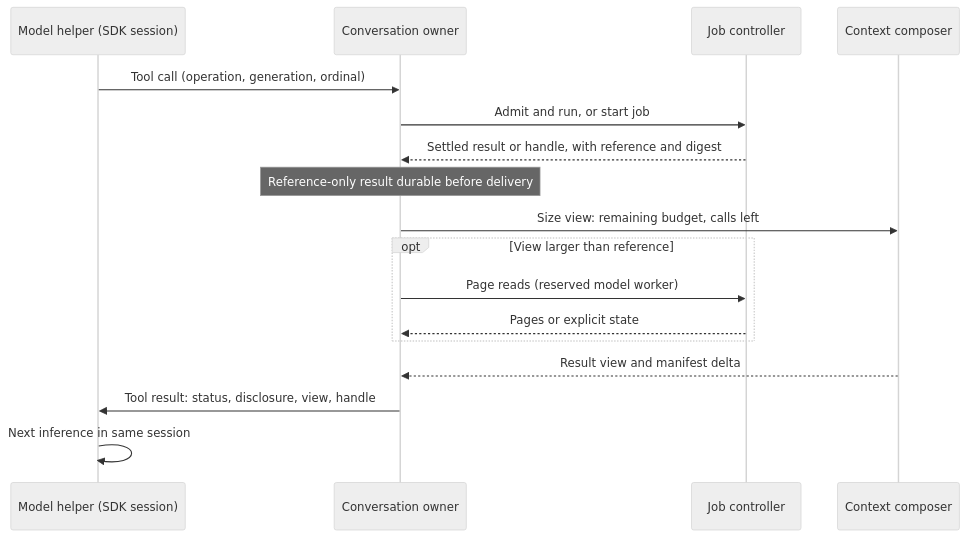
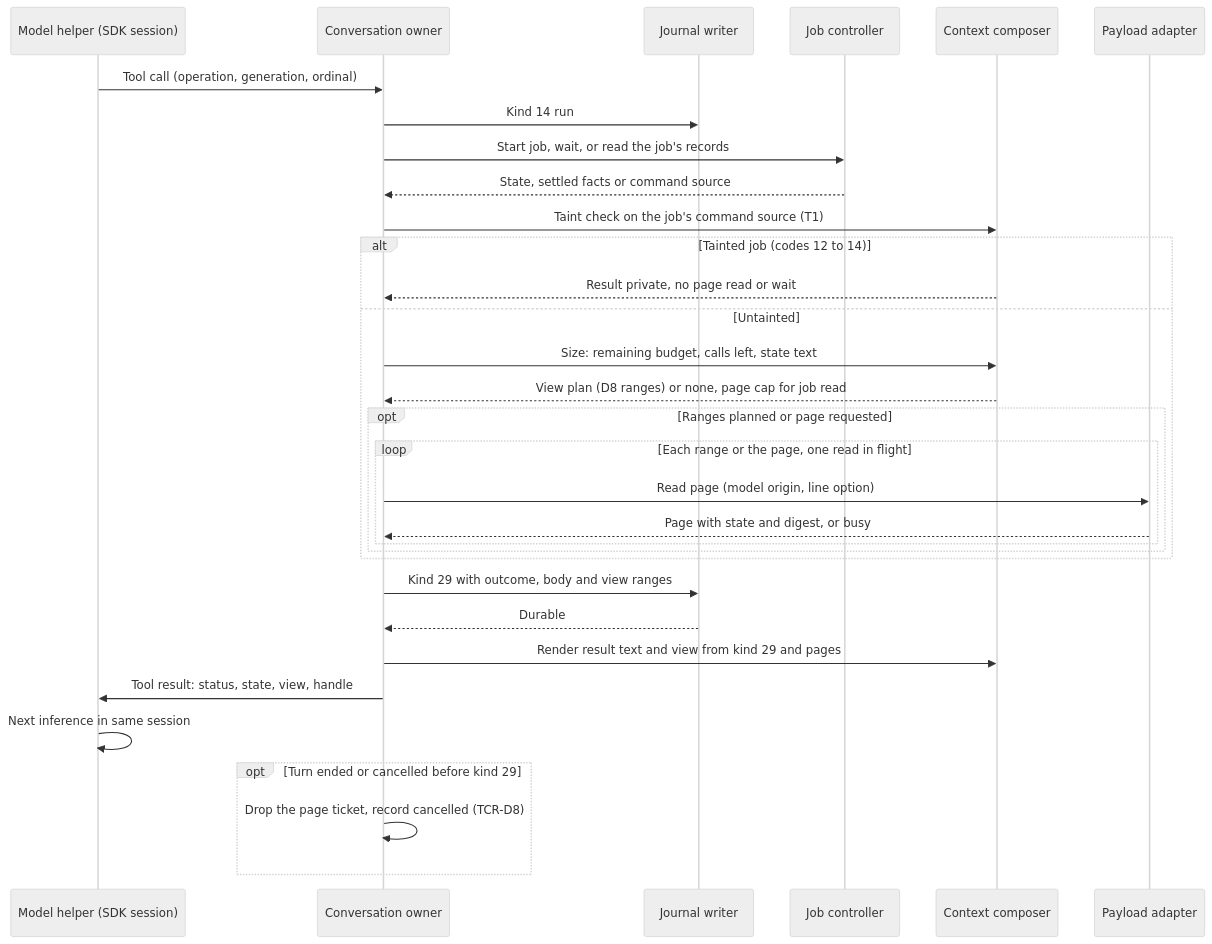
The fifth of 9 diagrams in docs/designs/context-composer.md (pidster/asura), drawn with Mermaid (neutral theme) before and after one commit. The commit also changed other lines of this file and 5 other files, not shown here.

````diff
--- a/docs/designs/context-composer.md
+++ b/docs/designs/context-composer.md
@@ -603,19 +662,34 @@
 ```mermaid
 sequenceDiagram
     participant H as Model helper (SDK session)
     participant C as Conversation owner
+    participant W as Journal writer
     participant J as Job controller
     participant K as Context composer
+    participant P as Payload adapter
     H->>C: Tool call (operation, generation, ordinal)
-    C->>J: Admit and run, or start job
-    J-->>C: Settled result or handle, with reference and digest
-    Note over C: Reference-only result durable before delivery
-    C->>K: Size view: remaining budget, calls left
-    opt View larger than reference
-        C->>J: Page reads (reserved model worker)
-        J-->>C: Pages or explicit state
+    C->>W: Kind 14 run
+    C->>J: Start job, wait, or read the job's records
+    J-->>C: State, settled facts or command source
+    C->>K: Taint check on the job's command source (T1)
+    alt Tainted job (codes 12 to 14)
+        K-->>C: Result private, no page read or wait
+    else Untainted
+        C->>K: Size: remaining budget, calls left, state text
+        K-->>C: View plan (D8 ranges) or none, page cap for job read
+        opt Ranges planned or page requested
+            loop Each range or the page, one read in flight
+                C->>P: Read page (model origin, line option)
+                P-->>C: Page with state and digest, or busy
+            end
+        end
     end
-    K-->>C: Result view and manifest delta
-    C->>H: Tool result: status, disclosure, view, handle
+    C->>W: Kind 29 with outcome, body and view ranges
+    W-->>C: Durable
+    C->>K: Render result text and view from kind 29 and pages
+    C->>H: Tool result: status, state, view, handle
     H->>H: Next inference in same session
+    opt Turn ended or cancelled before kind 29
+        C->>C: Drop the page ticket, record cancelled (TCR-D8)
+    end
 ```
````
